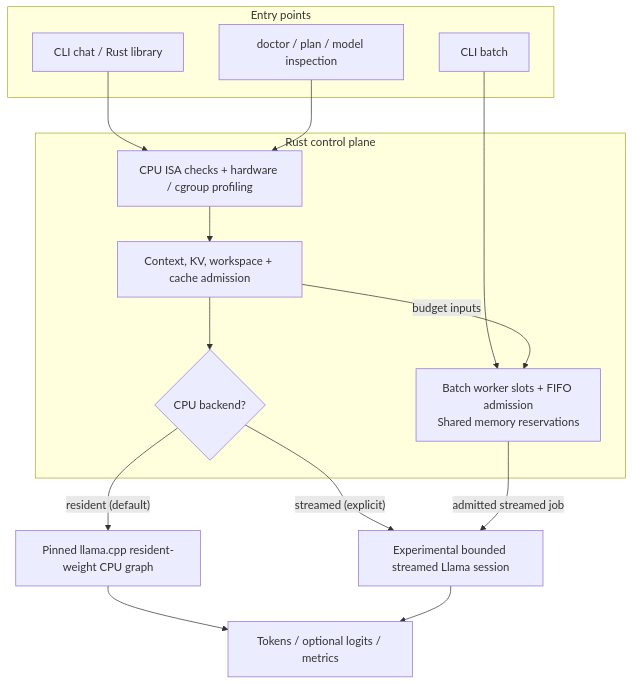
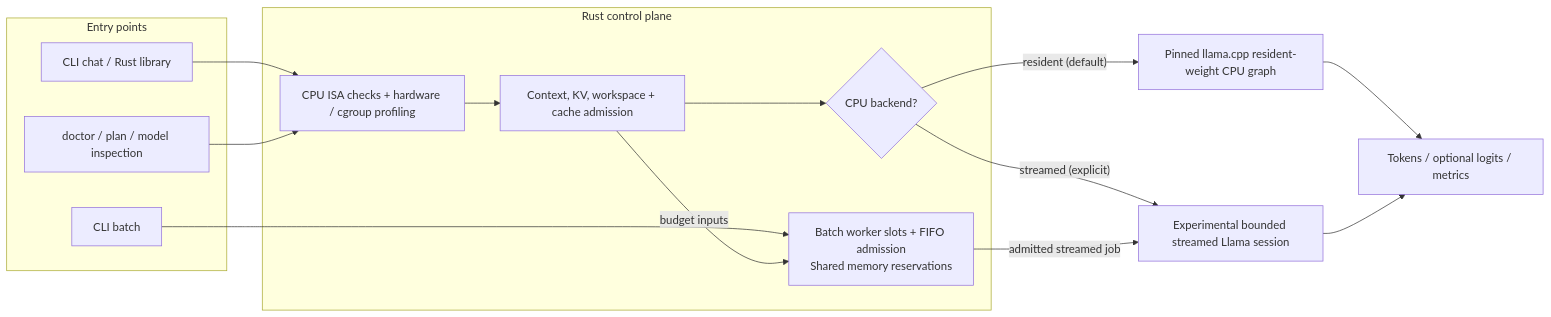
Before and after one commit to smshagor-dev/LLM-Bridge: the first of 3 diagrams in README.md, drawn with Mermaid. The commit also changed other lines of this file, not shown here.

Commit message:
docs: render all Mermaid architecture and workflow diagrams left-to-right

````diff
--- a/README.md
+++ b/README.md
@@ -37,29 +37,29 @@
 ```mermaid
-flowchart TD
+flowchart LR
     subgraph Entry["Entry points"]
         Chat["CLI chat / Rust library"]
         Batch["CLI batch"]
         Tools["doctor / plan / model inspection"]
     end
 
     subgraph Control["Rust control plane"]
         CPU["CPU ISA checks + hardware / cgroup profiling"]
         Plan["Context, KV, workspace + cache admission"]
         Select{"CPU backend?"}
         Queue["Batch worker slots + FIFO admission<br/>Shared memory reservations"]
     end
 
     Chat --> CPU
     Tools --> CPU
     CPU --> Plan
     Plan --> Select
     Batch --> Queue
     Plan -->|"budget inputs"| Queue
 
     Select -->|"resident (default)"| Resident["Pinned llama.cpp resident-weight CPU graph"]
     Select -->|"streamed (explicit)"| Streamed["Experimental bounded streamed Llama session"]
     Queue -->|"admitted streamed job"| Streamed
 
     Resident --> Output["Tokens / optional logits / metrics"]
     Streamed --> Output
 ```
````
